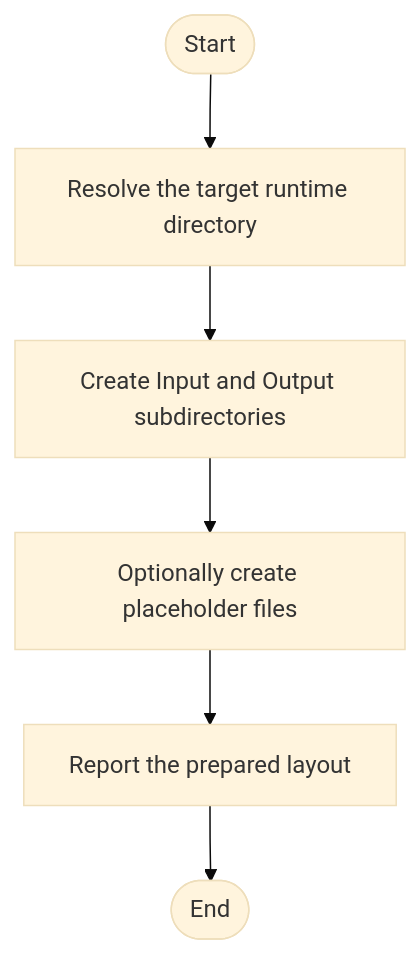
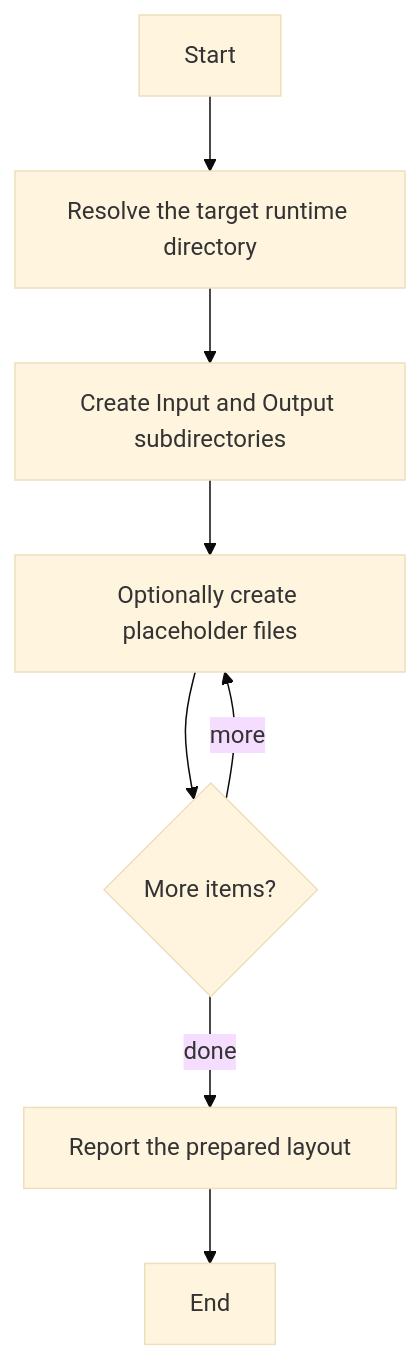
The diagram in docs/Codebase/Infrastructure/runtime-layout/setup_runtime_layout.ps1.md (JohnAndrewBalbarosa/NeoTerritory), drawn with Mermaid (base theme) before and after one commit. The commit also changed other lines of this file and 752 other files, not shown here.

````diff
--- a/docs/Codebase/Infrastructure/runtime-layout/setup_runtime_layout.ps1.md
+++ b/docs/Codebase/Infrastructure/runtime-layout/setup_runtime_layout.ps1.md
@@ -40,14 +22,17 @@
 ```mermaid
 flowchart TD
-    Start([Start])
-    N0[Resolve the target runtime directory]
-    N1[Create Input and Output subdirectories]
-    N2[Optionally create placeholder files]
-    N3[Report the prepared layout]
-    End([End])
+    Start["Start"]
+    N0["Resolve the target runtime directory"]
+    N1["Create Input and Output subdirectories"]
+    N2["Optionally create placeholder files"]
+    L2{"More items?"}
+    N3["Report the prepared layout"]
+    End["End"]
     Start --> N0
     N0 --> N1
     N1 --> N2
-    N2 --> N3
+    N2 --> L2
+    L2 -->|more| N2
+    L2 -->|done| N3
     N3 --> End
 ```
````
